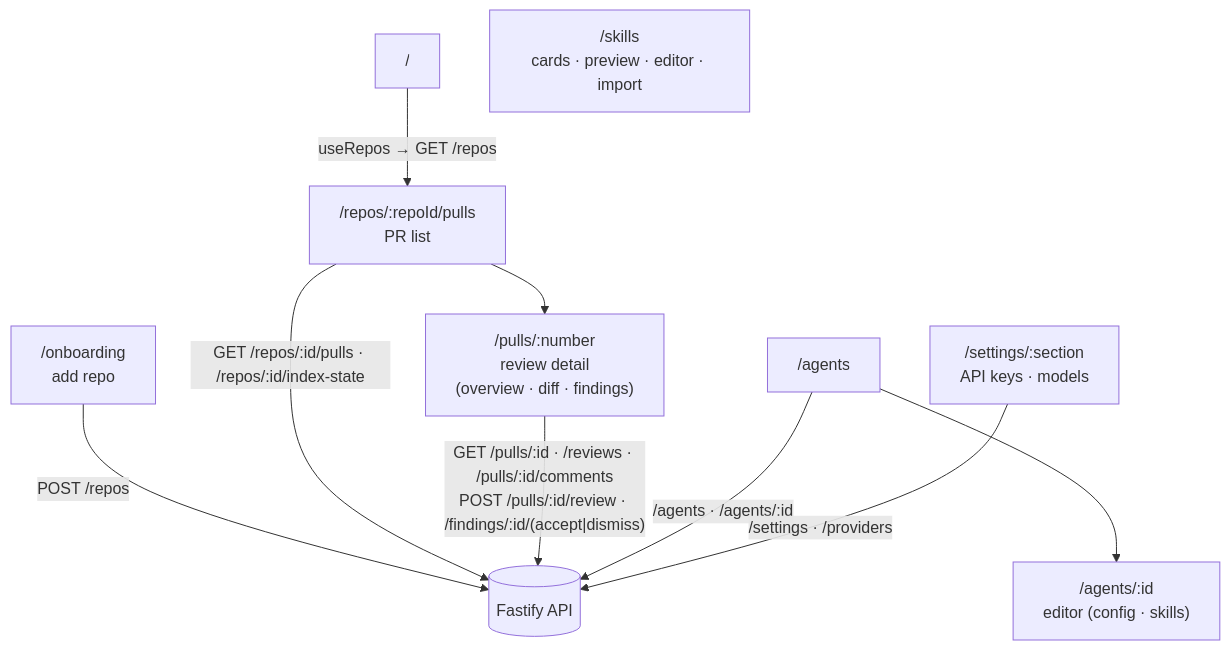
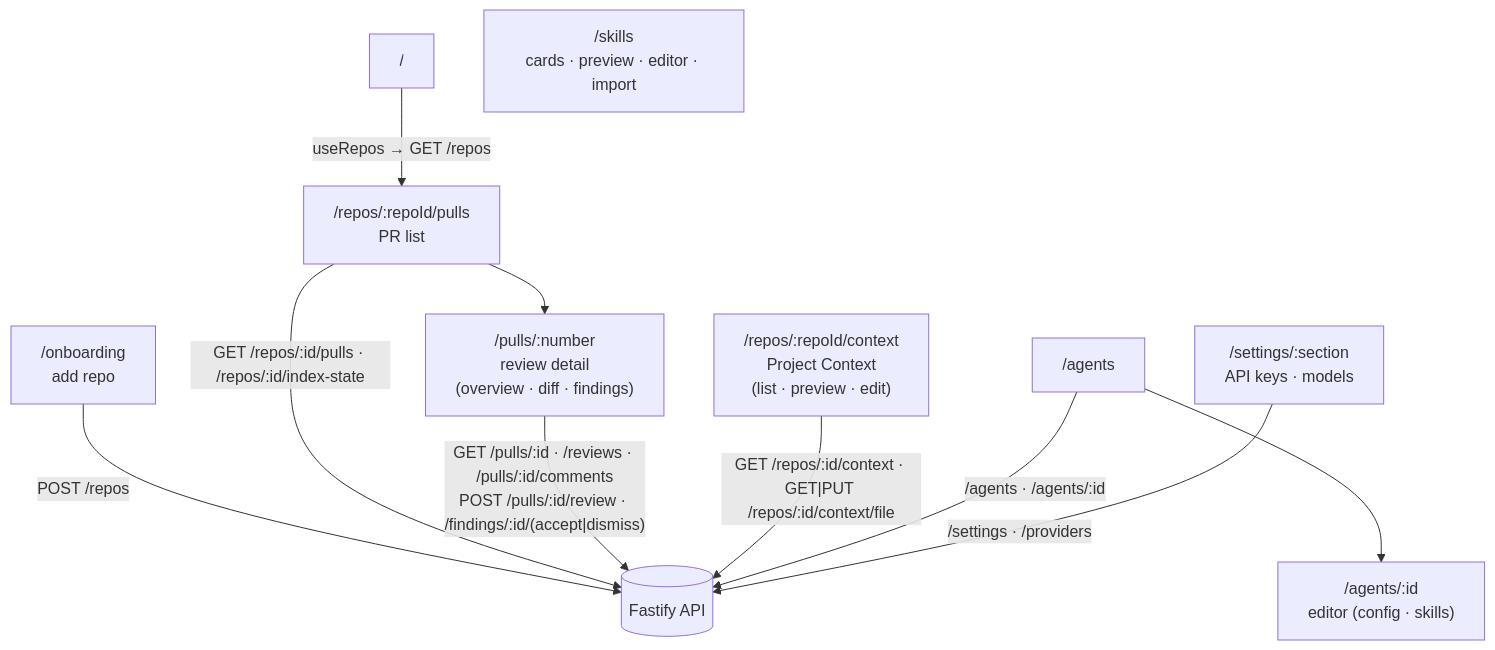
Before and after one commit to free3et/dev-digest: the diagram in client/README.md, drawn with Mermaid. The commit also changed 27 other files, not shown here.

First line of the commit message:
feat(client): Project Context page with preview and local edit

````diff
--- a/client/README.md
+++ b/client/README.md
@@ -24,15 +24,17 @@
 ```mermaid
 flowchart TD
   ROOT["/"] -->|"useRepos → GET /repos"| PULLS["/repos/:repoId/pulls<br/>PR list"]
   ONB["/onboarding<br/>add repo"] -->|"POST /repos"| API[("Fastify API")]
   PULLS --> PR["/pulls/:number<br/>review detail<br/>(overview · diff · findings)"]
 
+  CONTEXT["/repos/:repoId/context<br/>Project Context<br/>(list · preview · edit)"]
   AGENTS["/agents"] --> AGENT["/agents/:id<br/>editor (config · skills)"]
   SKILLS["/skills<br/>cards · preview · editor · import"]
   SETTINGS["/settings/:section<br/>API keys · models"]
 
   PULLS -->|"GET /repos/:id/pulls · /repos/:id/index-state"| API
   PR -->|"GET /pulls/:id · /reviews · /pulls/:id/comments<br/>POST /pulls/:id/review · /findings/:id/(accept|dismiss)"| API
+  CONTEXT -->|"GET /repos/:id/context · GET|PUT /repos/:id/context/file"| API
   AGENTS -->|"/agents · /agents/:id"| API
   SETTINGS -->|"/settings · /providers"| API
 ```
````
